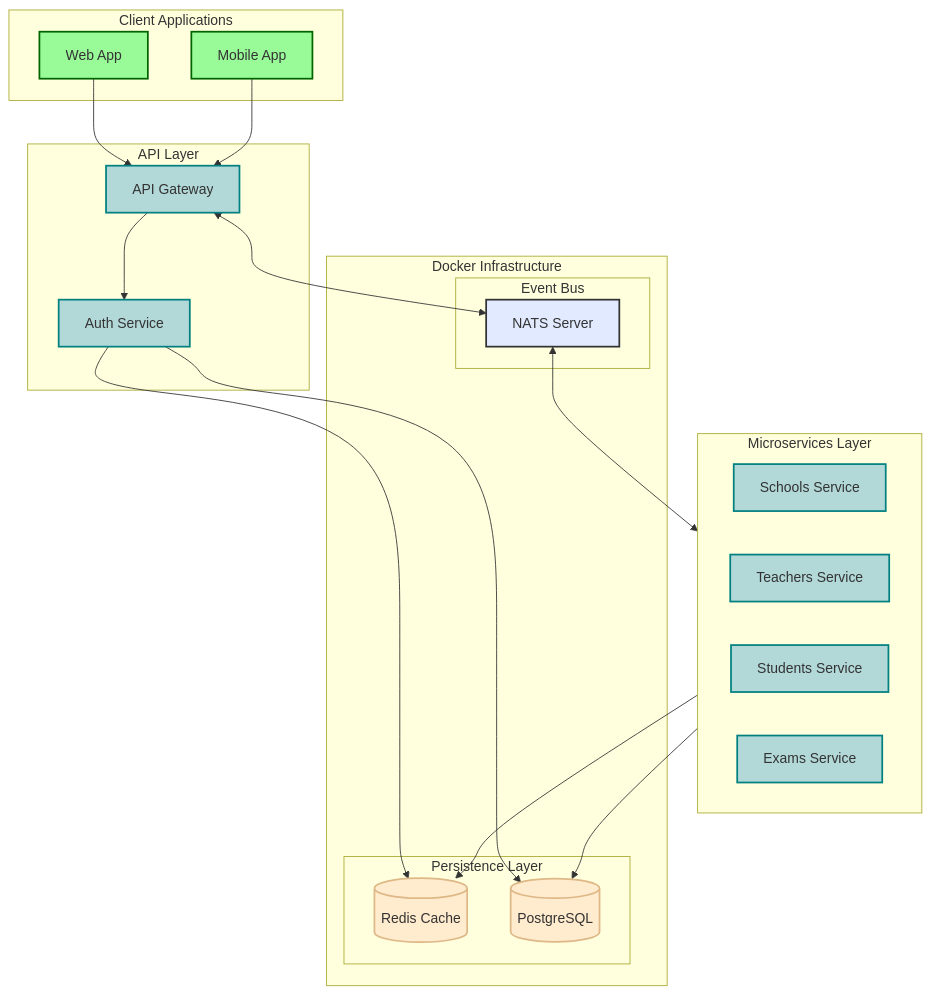
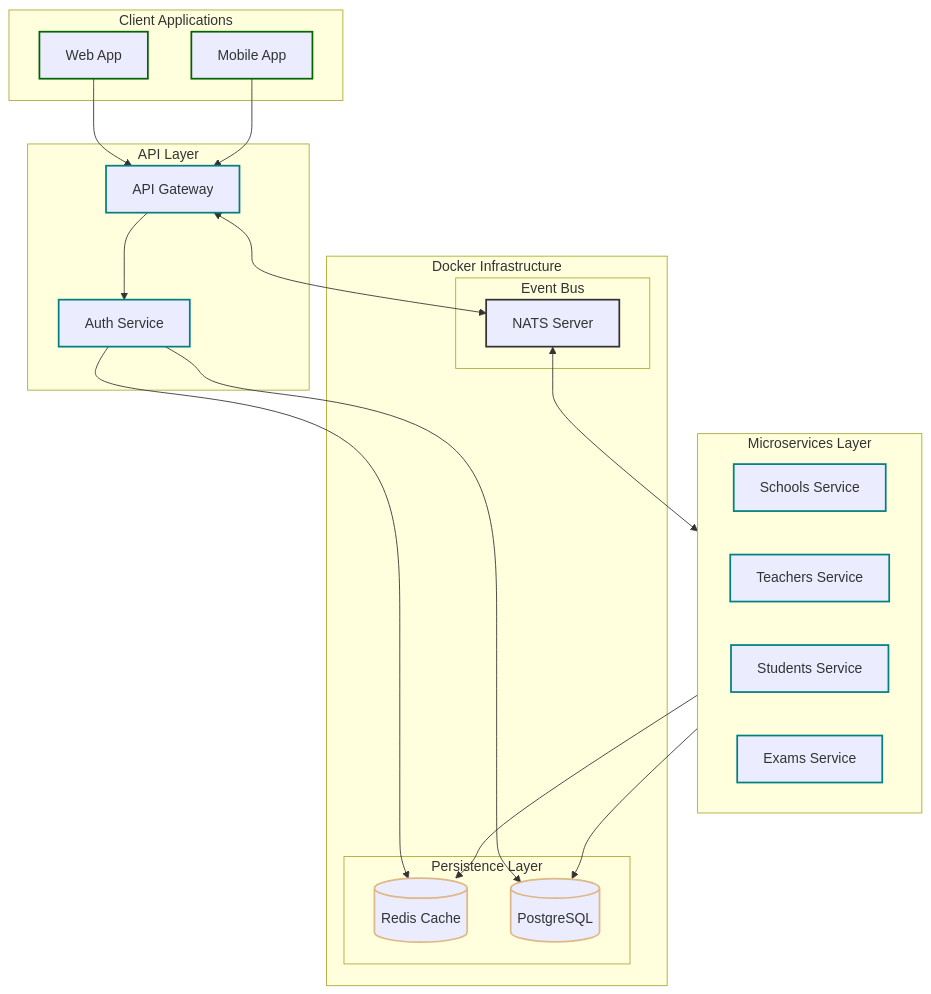
The second of 2 diagrams in README.md (vinniciusolliveiracostaa/obg-plataforma), drawn with Mermaid before and after one commit. The commit also changed other lines of this file and 10 other files, not shown here.

````diff
--- a/README.md
+++ b/README.md
@@ -101,61 +101,61 @@
 ```mermaid
 graph TB
     %% Definição de estilos
-    classDef container fill:#e1eafe,stroke:#333,stroke-width:2px;
-    classDef service fill:#b2d8d8,stroke:#008080,stroke-width:2px;
-    classDef database fill:#ffebcd,stroke:#deb887,stroke-width:2px;
-    classDef client fill:#98fb98,stroke:#006400,stroke-width:2px;
+    classDef container fill:#000f1,stroke:#333,stroke-width:2px;
+    classDef service fill:#000f1,stroke:#008080,stroke-width:2px;
+    classDef database fill:#000f1,stroke:#deb887,stroke-width:2px;
+    classDef client fill:#000f1,stroke:#006400,stroke-width:2px;
 
     %% Camada de Cliente
     subgraph clients[Client Applications]
         WEB[Web App]
         MOBILE[Mobile App]
     end
 
     %% Infraestrutura Docker
     subgraph docker[Docker Infrastructure]
         %% Message Broker
         subgraph broker[Event Bus]
             NATS[NATS Server]
         end
         
         %% Databases
         subgraph databases[Persistence Layer]
             REDIS[(Redis Cache)]
             POSTGRES[(PostgreSQL)]
         end
     end
 
     %% API Gateway e Auth
     subgraph gateway[API Layer]
         GATEWAY[API Gateway]
         AUTH[Auth Service]
     end
 
     %% Microsserviços
     subgraph services[Microservices Layer]
         SCHOOLS[Schools Service]
         TEACHERS[Teachers Service]
         STUDENTS[Students Service]
         EXAMS[Exams Service]
     end
 
     %% Conexões
     WEB & MOBILE --> GATEWAY
     GATEWAY --> AUTH
     AUTH --> REDIS
     AUTH --> POSTGRES
     
     GATEWAY <--> NATS
     NATS <--> services
     
     services --> POSTGRES
     services --> REDIS
 
     %% Aplicar estilos
     class WEB,MOBILE client;
     class GATEWAY,AUTH service;
     class SCHOOLS,TEACHERS,STUDENTS,EXAMS service;
     class REDIS,POSTGRES database;
     class NATS container;
 ```
````
